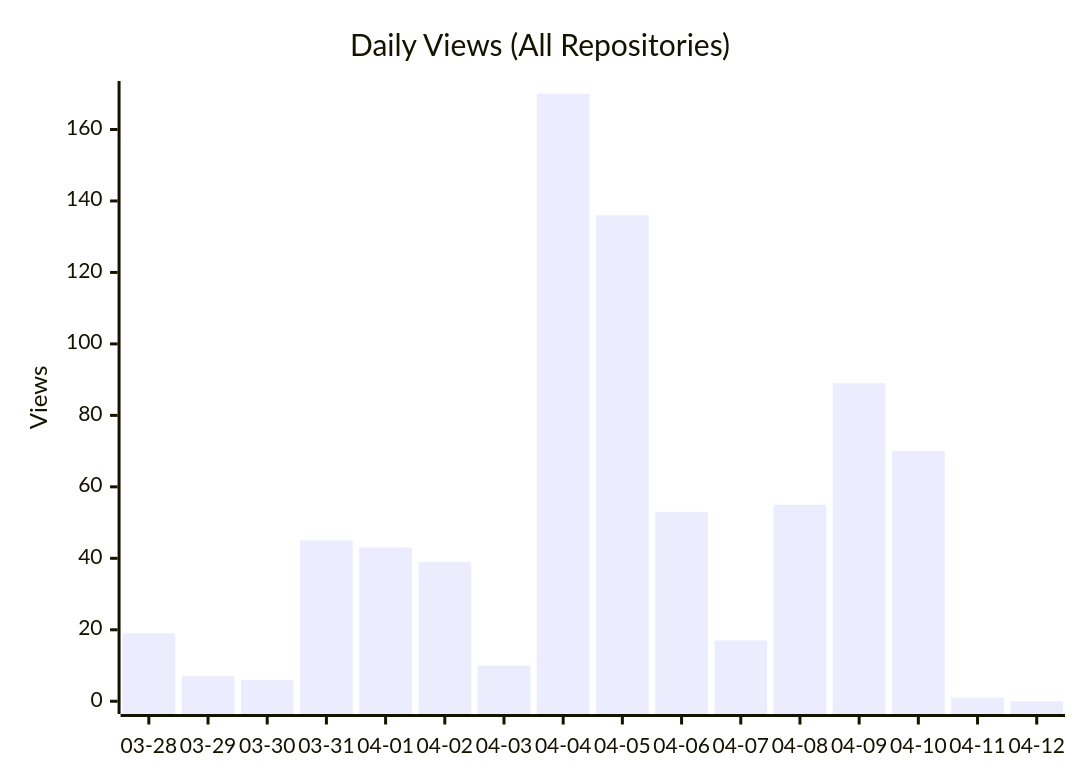
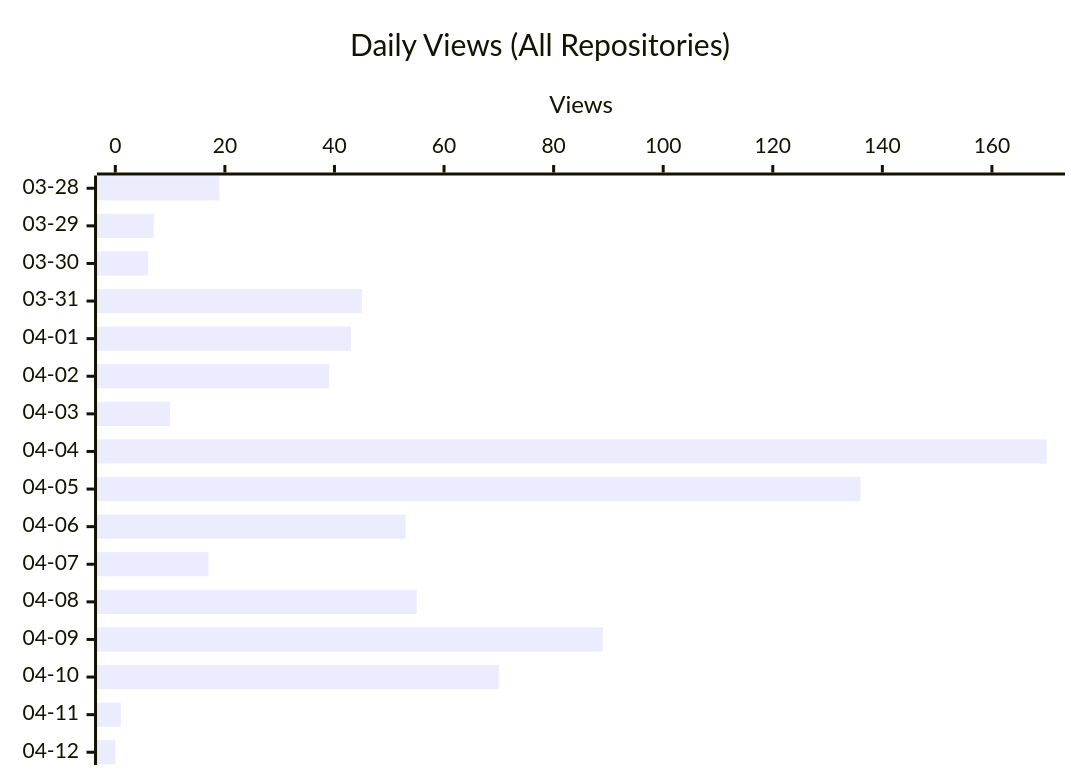
The second of 3 diagrams in README.md (shigechika/github-insights), drawn with Mermaid before and after one commit. The commit also changed 1 other file, not shown here.

Commit message:
fix: use horizontal bar chart for Daily Views too
Unify all charts to horizontal bars for consistency
and better readability as the date range grows.

````diff
--- a/README.md
+++ b/README.md
@@ -40,7 +40,7 @@
 ```mermaid
-xychart-beta
+xychart-beta horizontal
     title "Daily Views (All Repositories)"
     x-axis ["03-28", "03-29", "03-30", "03-31", "04-01", "04-02", "04-03", "04-04", "04-05", "04-06", "04-07", "04-08", "04-09", "04-10", "04-11", "04-12"]
     y-axis "Views"
     bar [19, 7, 6, 45, 43, 39, 10, 170, 136, 53, 17, 55, 89, 70, 1, 0]
 ```
````
